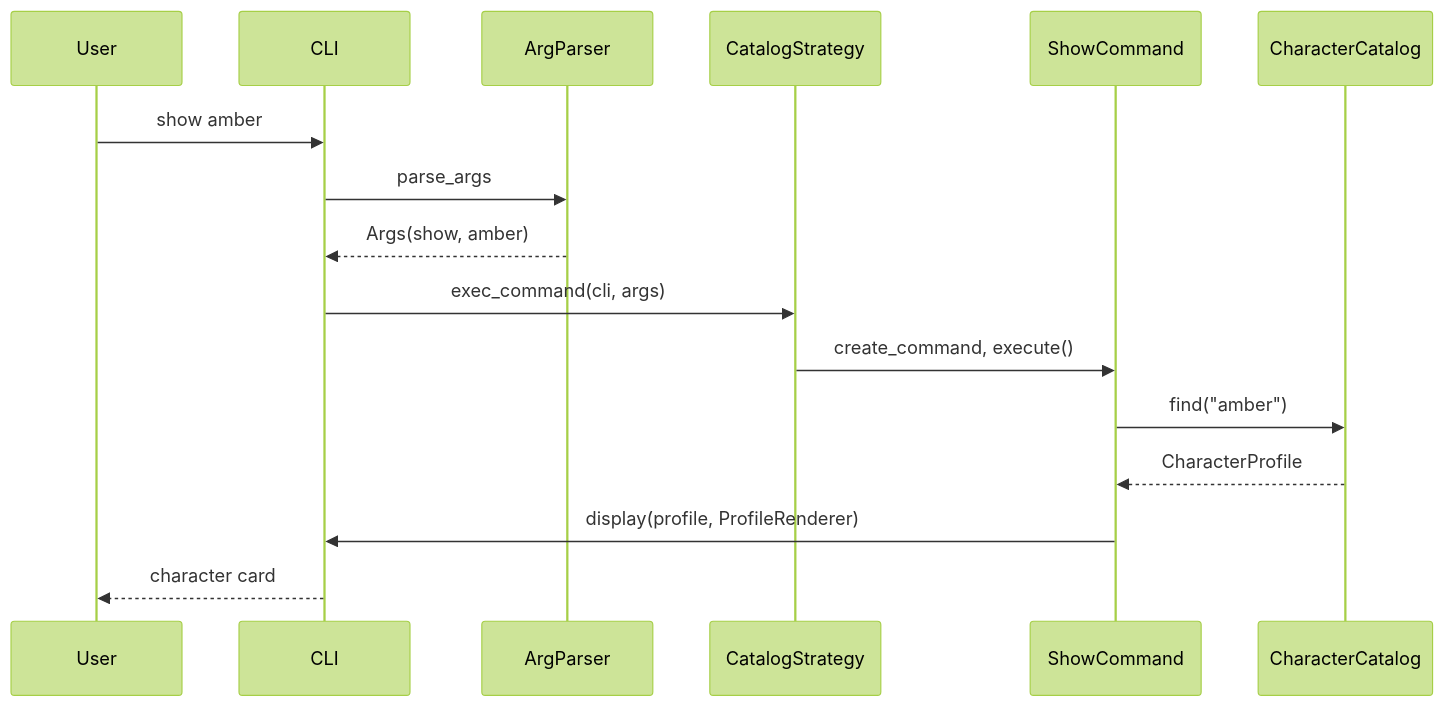
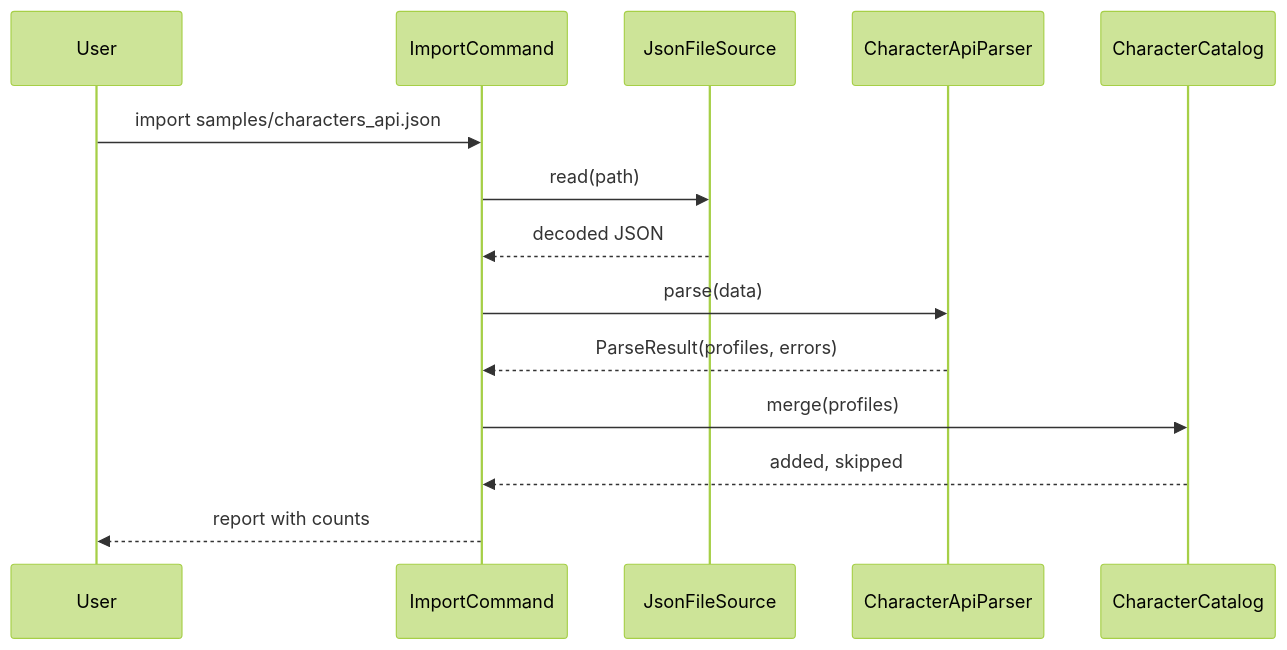
One commit to doravoitenko/character-catalog changed the third of 3 diagrams in docs/DESIGN.md. Above: the diagram before and after it, drawn with Mermaid (forest theme). The commit also changed other lines of this file and 15 other files, not shown here.

Commit message:
Add API parser, search and filters, import

````diff
--- a/docs/DESIGN.md
+++ b/docs/DESIGN.md
@@ -165,18 +328,16 @@
 ```mermaid
 sequenceDiagram
     participant U as User
-    participant CLI
-    participant P as ArgParser
-    participant S as CatalogStrategy
-    participant C as ShowCommand
+    participant I as ImportCommand
+    participant S as JsonFileSource
+    participant P as CharacterApiParser
     participant K as CharacterCatalog
-    U->>CLI: show amber
-    CLI->>P: parse_args
-    P-->>CLI: Args(show, amber)
-    CLI->>S: exec_command(cli, args)
-    S->>C: create_command, execute()
-    C->>K: find("amber")
-    K-->>C: CharacterProfile
-    C->>CLI: display(profile, ProfileRenderer)
-    CLI-->>U: character card
+    U->>I: import samples/characters_api.json
+    I->>S: read(path)
+    S-->>I: decoded JSON
+    I->>P: parse(data)
+    P-->>I: ParseResult(profiles, errors)
+    I->>K: merge(profiles)
+    K-->>I: added, skipped
+    I-->>U: report with counts
 ```
````
